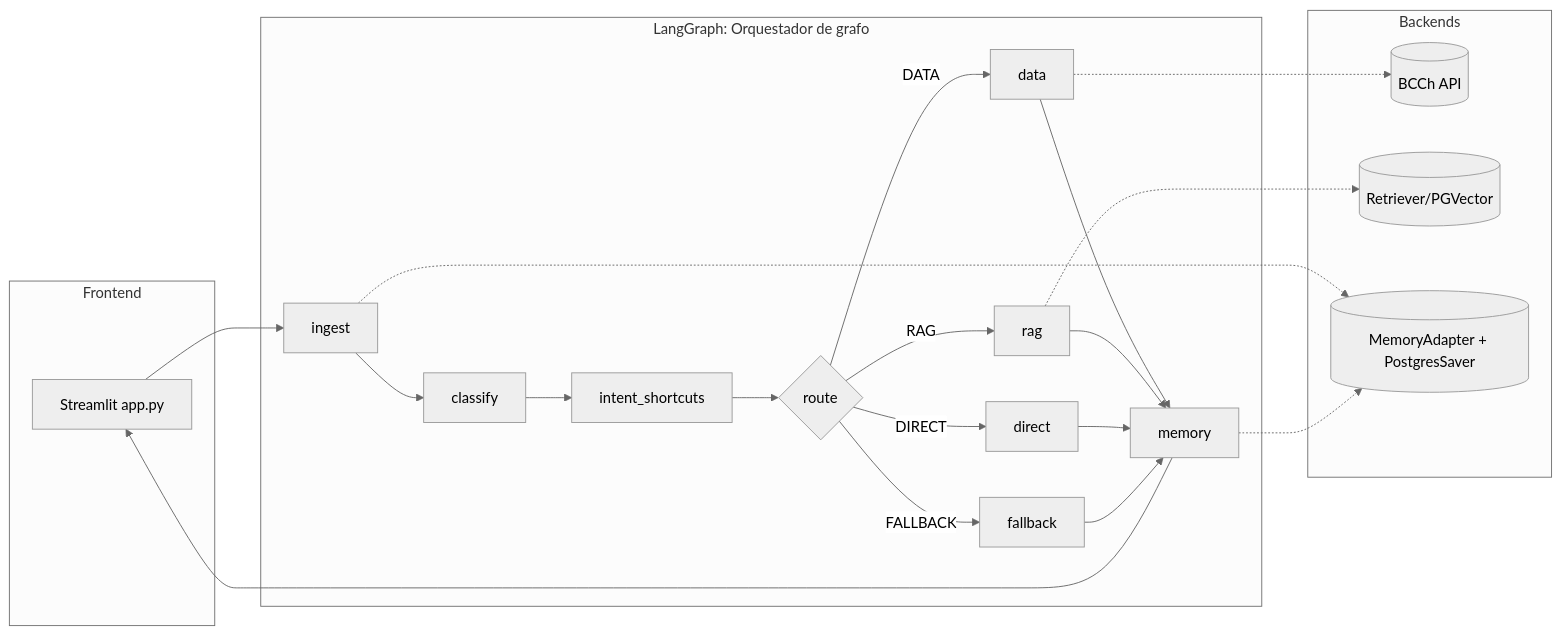
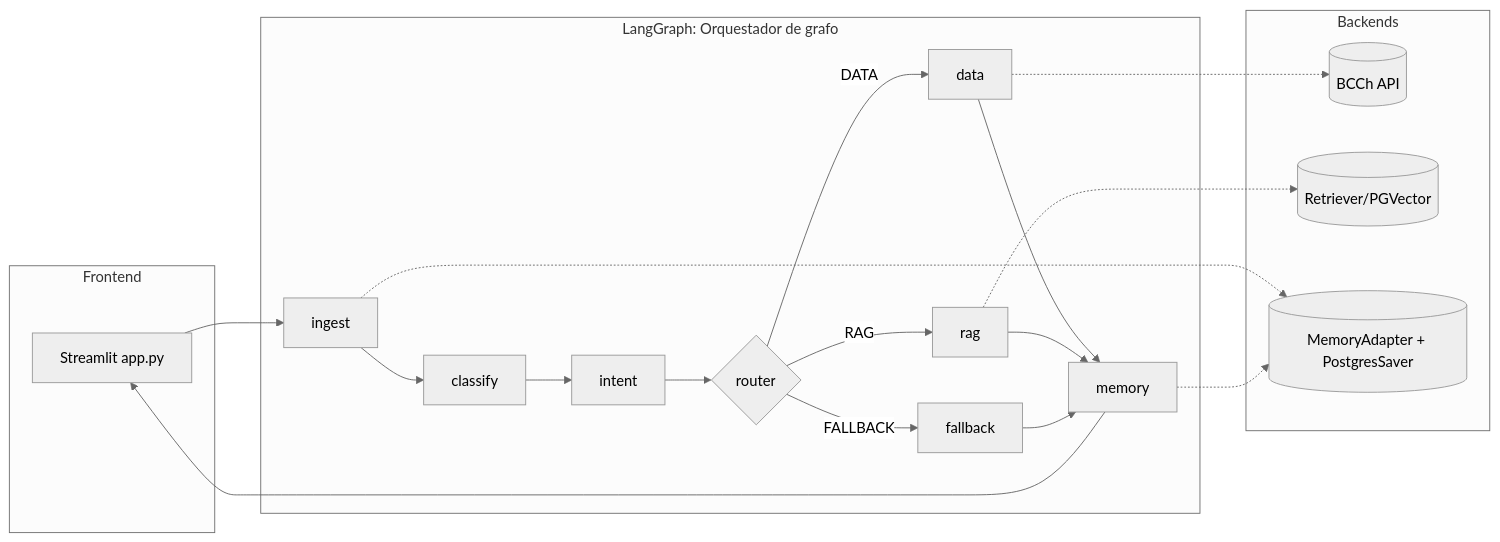
The diagram in orchestrator/README.md (smenaaliaga/bc_pibot), drawn with Mermaid (neutral theme) before and after one commit. The commit also changed other lines of this file and 50 other files, not shown here.

````diff
--- a/orchestrator/README.md
+++ b/orchestrator/README.md
@@ -9,33 +9,31 @@
 ```mermaid
 flowchart LR
-    subgraph Frontend
-        UI[Streamlit app.py]
-    end
-    subgraph LangGraph: Orquestador de grafo
-        IN[ingest]
-        CL[classify]
-        IS[intent_shortcuts]
-        RT{route}
-        DT[data]
-        RG[rag]
-        FB[fallback]
-        DR[direct]
-        MM[memory]
-    end
-    subgraph Backends
-        S[(BCCh API)]
-        R[(Retriever/PGVector)]
-        M[(MemoryAdapter + PostgresSaver)]
-    end
+   subgraph Frontend
+      UI[Streamlit app.py]
+   end
+   subgraph "LangGraph: Orquestador de grafo"
+      IN[ingest]
+      CL[classify]
+      IT[intent]
+      RT{router}
+      DT[data]
+      RG[rag]
+      FB[fallback]
+      MM[memory]
+   end
+   subgraph Backends
+      S[(BCCh API)]
+      R[(Retriever/PGVector)]
+      M[(MemoryAdapter + PostgresSaver)]
+   end
 
-    UI --> IN --> CL --> IS --> RT
-    RT -->|DATA| DT --> MM
-    RT -->|RAG| RG --> MM
-    RT -->|DIRECT| DR --> MM
-    RT -->|FALLBACK| FB --> MM
-    MM --> UI
-    DT -.-> S
-    RG -.-> R
-    IN -.-> M
-    MM -.-> M
+   UI --> IN --> CL --> IT --> RT
+   RT -->|DATA| DT --> MM
+   RT -->|RAG| RG --> MM
+   RT -->|FALLBACK| FB --> MM
+   MM --> UI
+   DT -.-> S
+   RG -.-> R
+   IN -.-> M
+   MM -.-> M
 ```
````
